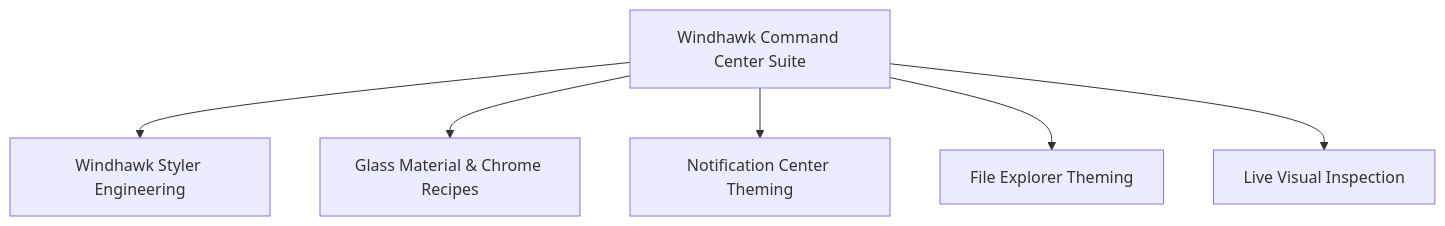
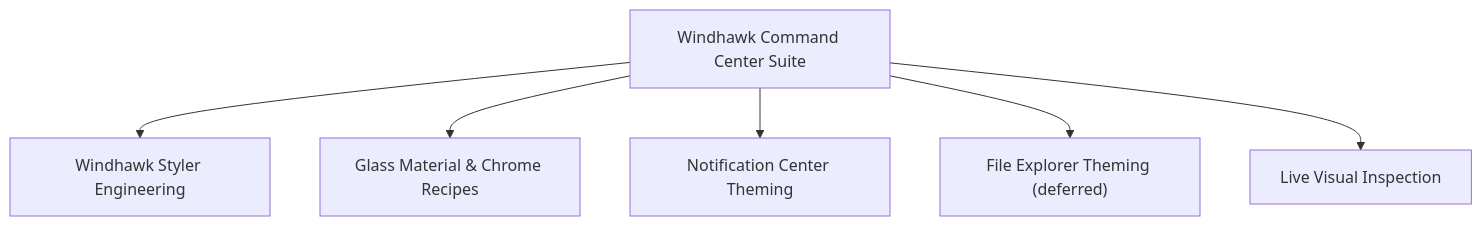
Before and after one commit to HELIX-Origin/Windhawk-Command-Center-Suite: the diagram in .agents/skills/README.md, drawn with Mermaid. The commit also changed other lines of this file and 22 other files, not shown here.

First line of the commit message:
feat: Update Style Architect and sub-agents documentation for deferred File Explorer work

````diff
--- a/.agents/skills/README.md
+++ b/.agents/skills/README.md
@@ -21,8 +21,8 @@
 ```mermaid
 flowchart TD
     Suite["Windhawk Command Center Suite"] --> Engine["Windhawk Styler Engineering"]
     Suite --> Glass["Glass Material & Chrome Recipes"]
     Suite --> NC["Notification Center Theming"]
-    Suite --> FE["File Explorer Theming"]
+    Suite --> FE["File Explorer Theming (deferred)"]
     Suite --> Inspect["Live Visual Inspection"]
 ```
````
